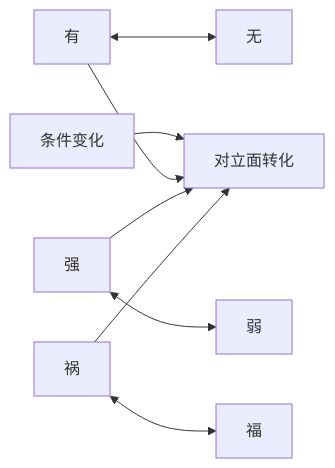
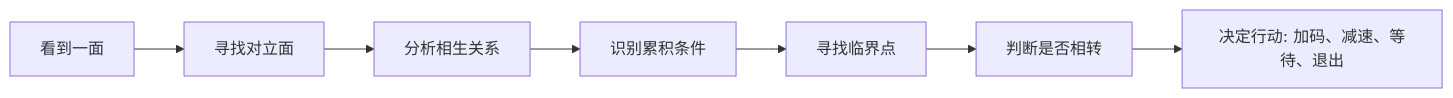
One commit to digoal/blog changed the third of 3 diagrams in 202605/20260518_33.md. Above: the diagram before and after it, drawn with Mermaid. The commit also changed other lines of this file and 26 other files, not shown here.

````diff
--- a/202605/20260518_33.md
+++ b/202605/20260518_33.md
@@ -21,10 +204,9 @@
 ```mermaid
 flowchart LR
-  A["有"] <--> B["无"]
-  C["强"] <--> D["弱"]
-  E["祸"] <--> F["福"]
-  G["条件变化"] --> H["对立面转化"]
-  A --> H
-  C --> H
-  E --> H
+  A["看到一面"] --> B["寻找对立面"]
+  B --> C["分析相生关系"]
+  C --> D["识别累积条件"]
+  D --> E["寻找临界点"]
+  E --> F["判断是否相转"]
+  F --> G["决定行动: 加码、减速、等待、退出"]
 ```
````
